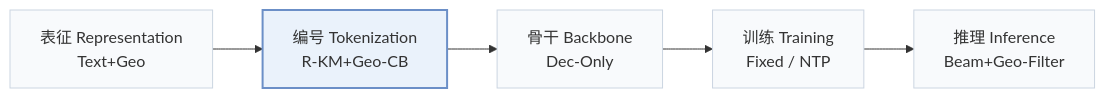
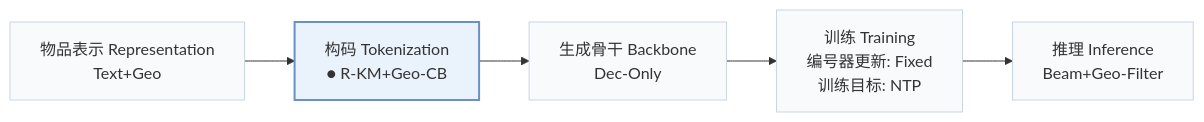
One commit to Galaxy-ghost/Awesome-SID-Generative-Rec changed the first of 3 diagrams in pages/zh/papers/progeo.md. Above: the diagram before and after it, drawn with Mermaid. The commit also changed other lines of this file and 558 other files, not shown here.

````diff
--- a/pages/zh/papers/progeo.md
+++ b/pages/zh/papers/progeo.md
@@ -15,8 +18,8 @@
 ```mermaid
 flowchart LR
-    R["表征 Representation<br/>Text+Geo"] --> T["编号 Tokenization<br/>R-KM+Geo-CB"] --> B["骨干 Backbone<br/>Dec-Only"] --> TR["训练 Training<br/>Fixed / NTP"] --> I["推理 Inference<br/>Beam+Geo-Filter"]
+    R["物品表示 Representation<br/>Text+Geo"] --> T["构码 Tokenization<br/>● R-KM+Geo-CB"] --> B["生成骨干 Backbone<br/>Dec-Only"] --> TR["训练 Training<br/>编号器更新: Fixed<br/>训练目标: NTP"] --> I["推理 Inference<br/>Beam+Geo-Filter"]
     classDef base fill:#f8fafc,stroke:#cbd5e1
     class R,T,B,TR,I base
     classDef main fill:#eaf2fb,stroke:#6b8fc7,stroke-width:2px
     class T main
 ```
````
